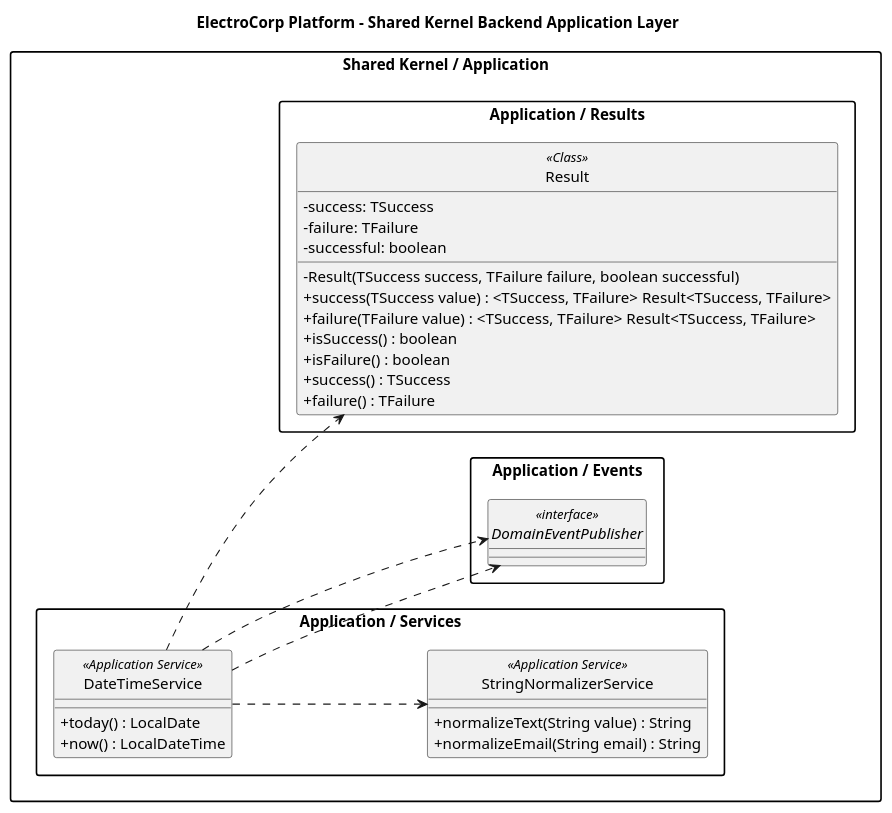
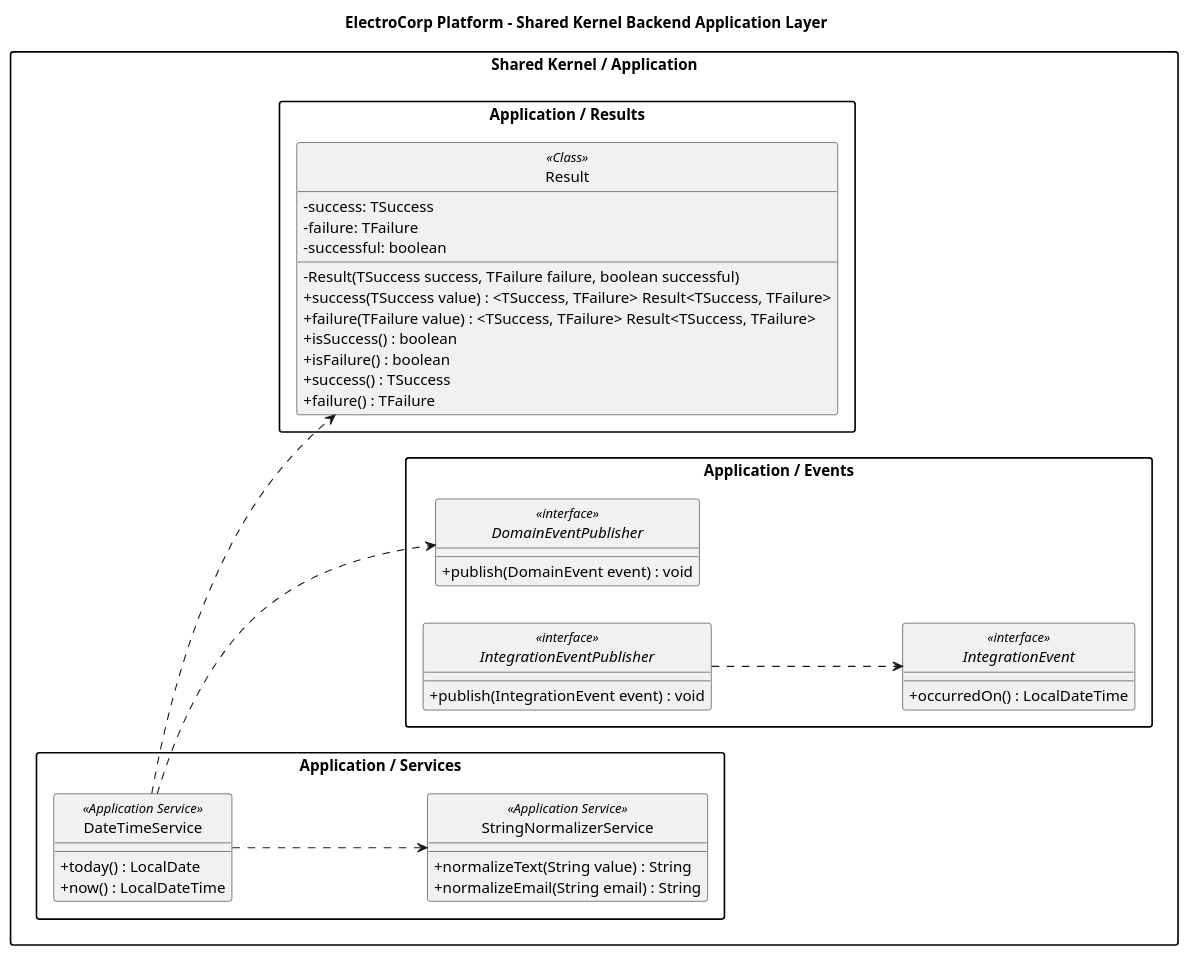
The diagram in docs/diagrams/class/backend/layers/shared-kernel/backend-shared-kernel-application-class-diagram.puml (upc-pre-202610-1asi0729-11896-ecorp/electrocorp-report), drawn with PlantUML before and after one commit. The commit also changed 34 other files, not shown here.

Commit message:
docs: update final architecture diagrams

```diff
--- a/docs/diagrams/class/backend/layers/shared-kernel/backend-shared-kernel-application-class-diagram.puml
+++ b/docs/diagrams/class/backend/layers/shared-kernel/backend-shared-kernel-application-class-diagram.puml
@@ -1,48 +1,55 @@
 @startuml
 title ElectroCorp Platform - Shared Kernel Backend Application Layer
 left to right direction
 skinparam packageStyle rectangle
 skinparam shadowing false
 skinparam classAttributeIconSize 0
 hide circle
 
 package "Shared Kernel / Application" {
   package "Application / Events" {
     interface "DomainEventPublisher" as Backend_shared_DomainEventPublisher <<interface>> {
+      + publish(DomainEvent event) : void
+    }
+    interface "IntegrationEvent" as Backend_shared_IntegrationEvent <<interface>> {
+      + occurredOn() : LocalDateTime
+    }
+    interface "IntegrationEventPublisher" as Backend_shared_IntegrationEventPublisher <<interface>> {
+      + publish(IntegrationEvent event) : void
     }
   }
   package "Application / Results" {
     class "Result" as Backend_shared_Result <<Class>> {
       - success: TSuccess
       - failure: TFailure
       - successful: boolean
       - Result(TSuccess success, TFailure failure, boolean successful)
       + success(TSuccess value) : <TSuccess, TFailure> Result<TSuccess, TFailure>
       + failure(TFailure value) : <TSuccess, TFailure> Result<TSuccess, TFailure>
       + isSuccess() : boolean
       + isFailure() : boolean
       + success() : TSuccess
       + failure() : TFailure
     }
   }
   package "Application / Services" {
     class "DateTimeService" as Backend_shared_DateTimeService <<Application Service>> {
       + today() : LocalDate
       + now() : LocalDateTime
     }
     class "StringNormalizerService" as Backend_shared_StringNormalizerService <<Application Service>> {
       + normalizeText(String value) : String
       + normalizeEmail(String email) : String
     }
   }
 }
 
 
 
 ' Layer relationship completion: every declared type participates in this layer diagram.
 Backend_shared_DateTimeService ..> Backend_shared_DomainEventPublisher
+Backend_shared_IntegrationEventPublisher ..> Backend_shared_IntegrationEvent
 Backend_shared_DateTimeService ..> Backend_shared_Result
-Backend_shared_DateTimeService ..> Backend_shared_DomainEventPublisher
 Backend_shared_DateTimeService ..> Backend_shared_StringNormalizerService
 
 @enduml
```
